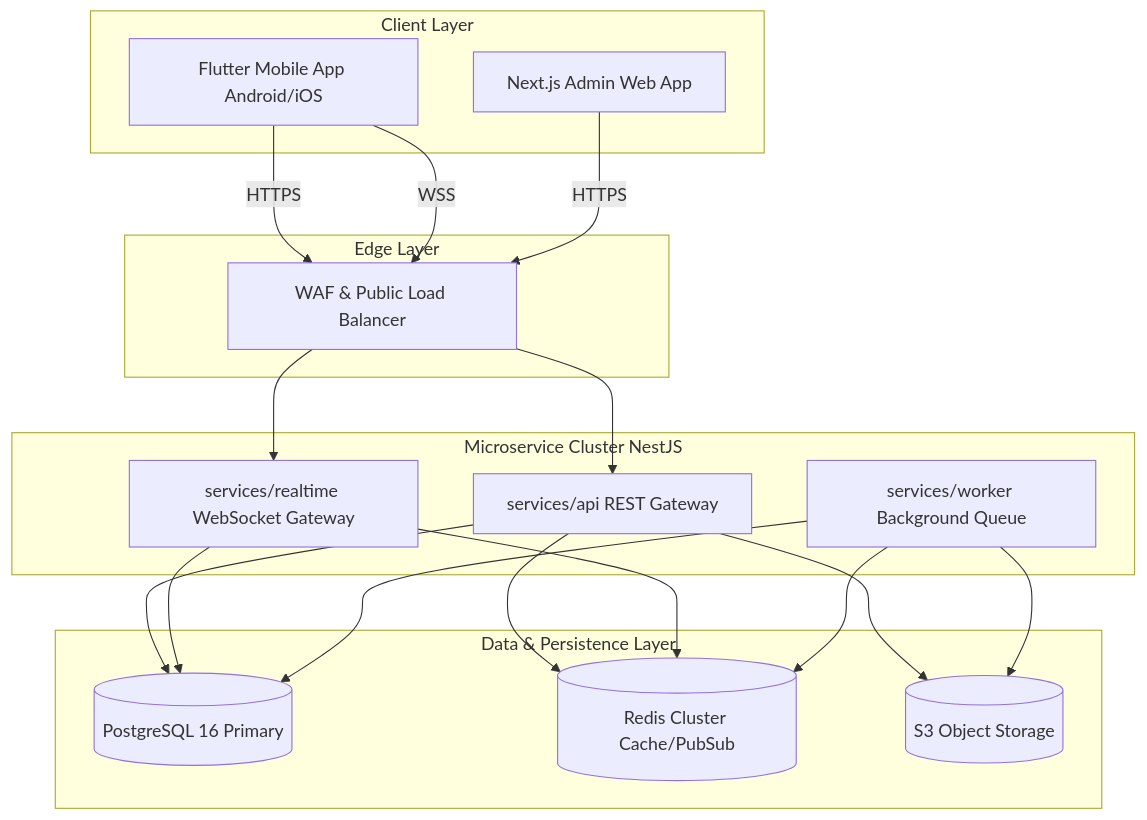
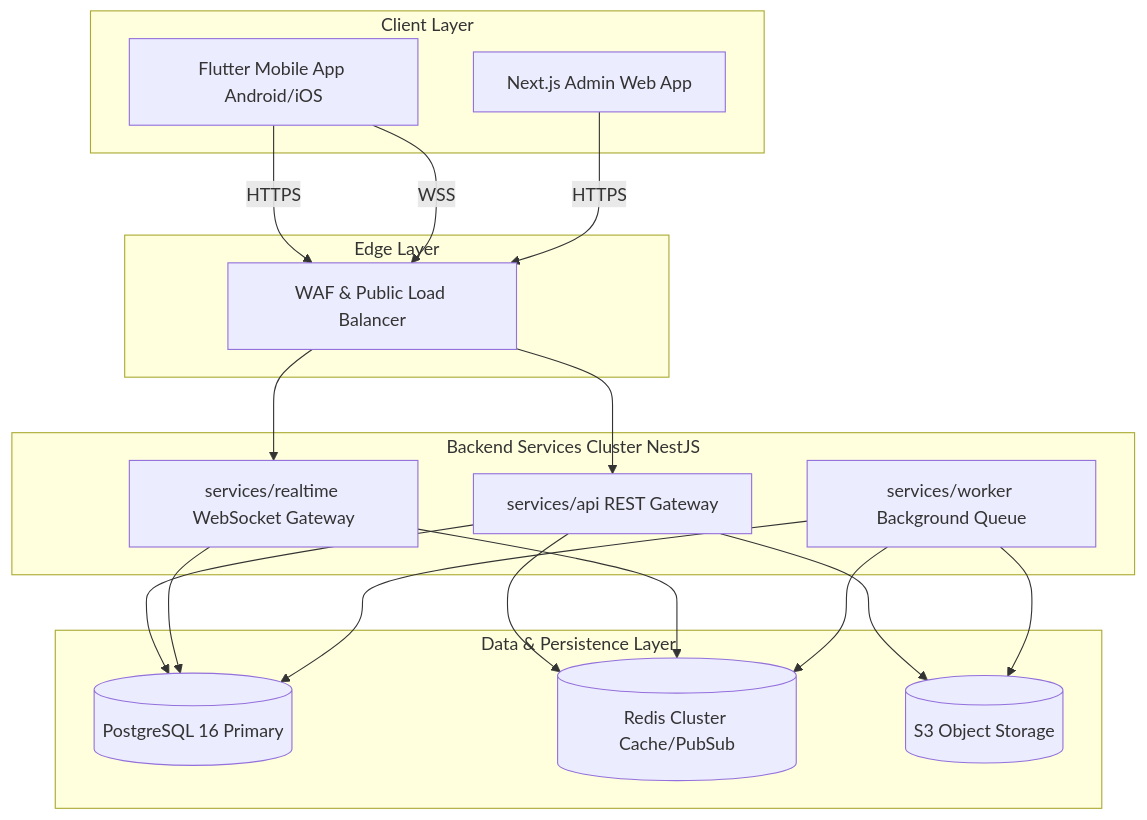
One commit to rahulgupta32/GuffSuff changed the diagram in docs/diagrams/02_container_architecture.mmd. Above: the diagram before and after it, drawn with Mermaid. The commit also changed 215 other files, not shown here.

```diff
--- a/docs/diagrams/02_container_architecture.mmd
+++ b/docs/diagrams/02_container_architecture.mmd
@@ -1,39 +1,39 @@
 graph TB
     subgraph Client Layer
         MobileApp[Flutter Mobile App Android/iOS]
         AdminWeb[Next.js Admin Web App]
     end
     
     subgraph Edge Layer
         LB[WAF & Public Load Balancer]
     end
     
-    subgraph Microservice Cluster NestJS
+    subgraph Backend Services Cluster NestJS
         API[services/api REST Gateway]
         Realtime[services/realtime WebSocket Gateway]
         Worker[services/worker Background Queue]
     end
     
     subgraph Data & Persistence Layer
         DB[(PostgreSQL 16 Primary)]
         Redis[(Redis Cluster Cache/PubSub)]
         S3[(S3 Object Storage)]
     end
     
     MobileApp -->|HTTPS| LB
     MobileApp -->|WSS| LB
     AdminWeb -->|HTTPS| LB
     
     LB --> API
     LB --> Realtime
     
     API --> DB
     API --> Redis
     API --> S3
     
     Realtime --> Redis
     Realtime --> DB
     
     Worker --> DB
     Worker --> Redis
     Worker --> S3
```
